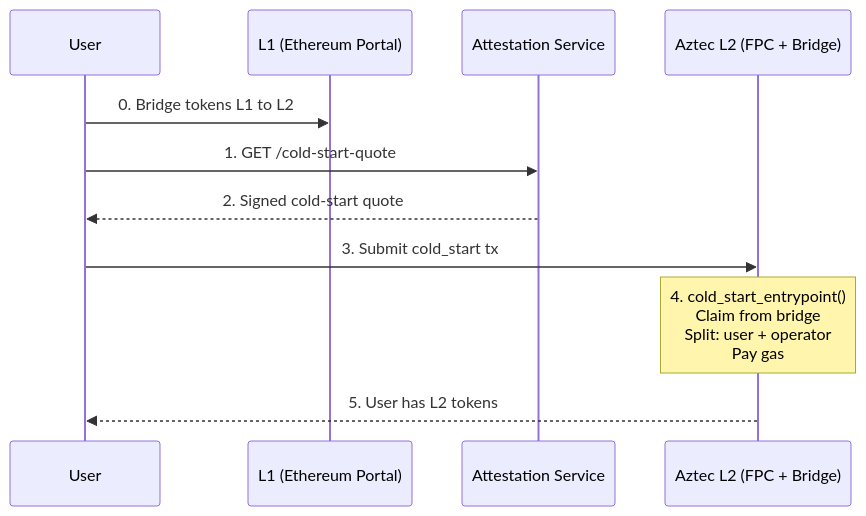
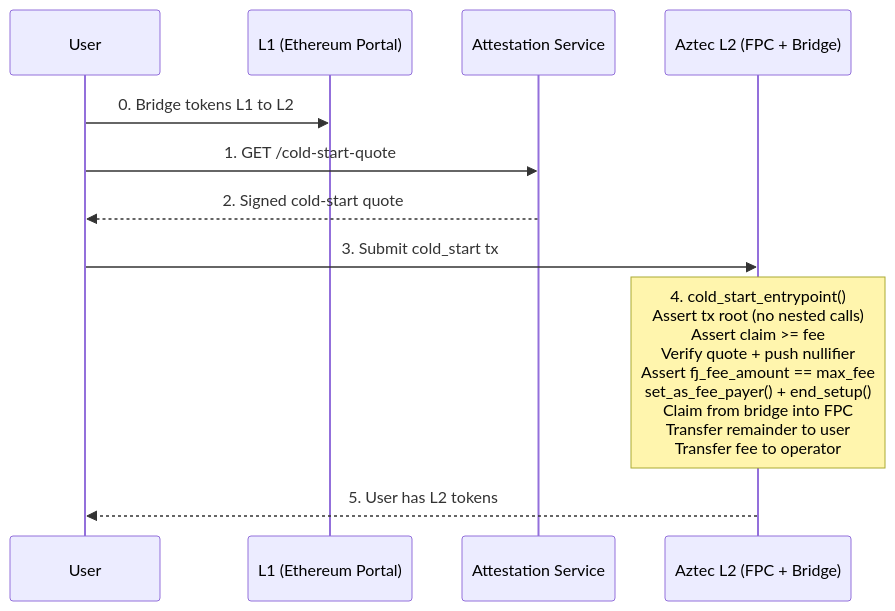
One commit to NethermindEth/aztec-fpc changed the third of 4 diagrams in docs/architecture.md. Above: the diagram before and after it, drawn with Mermaid. The commit also changed other lines of this file and 1 other file, not shown here.

Commit message:
fix: add missing steps to Mermaid diagrams after source audit
- Standard flow: add fee amount assertion between sig verify and transfer
- Cold-start flow: add all setup guards (tx root, claim >= fee, quote
  verify, fee assert, set_as_fee_payer) before app-phase steps
- Cold-start overview: fix parallel arrows to sequential (claim -> user
  transfer -> operator transfer matches source execution order)

````diff
--- a/docs/architecture.md
+++ b/docs/architecture.md
@@ -127,14 +127,14 @@
 ```mermaid
 sequenceDiagram
     participant U as User
     participant L1 as L1 (Ethereum Portal)
     participant A as Attestation Service
     participant F as Aztec L2 (FPC + Bridge)
 
     U->>L1: 0. Bridge tokens L1 to L2
     U->>A: 1. GET /cold-start-quote
     A-->>U: 2. Signed cold-start quote
     U->>F: 3. Submit cold_start tx
-    Note over F: 4. cold_start_entrypoint()<br/>Claim from bridge<br/>Split: user + operator<br/>Pay gas
+    Note over F: 4. cold_start_entrypoint()<br/>Assert tx root (no nested calls)<br/>Assert claim >= fee<br/>Verify quote + push nullifier<br/>Assert fj_fee_amount == max_fee<br/>set_as_fee_payer() + end_setup()<br/>Claim from bridge into FPC<br/>Transfer remainder to user<br/>Transfer fee to operator
     F-->>U: 5. User has L2 tokens
 ```
````
